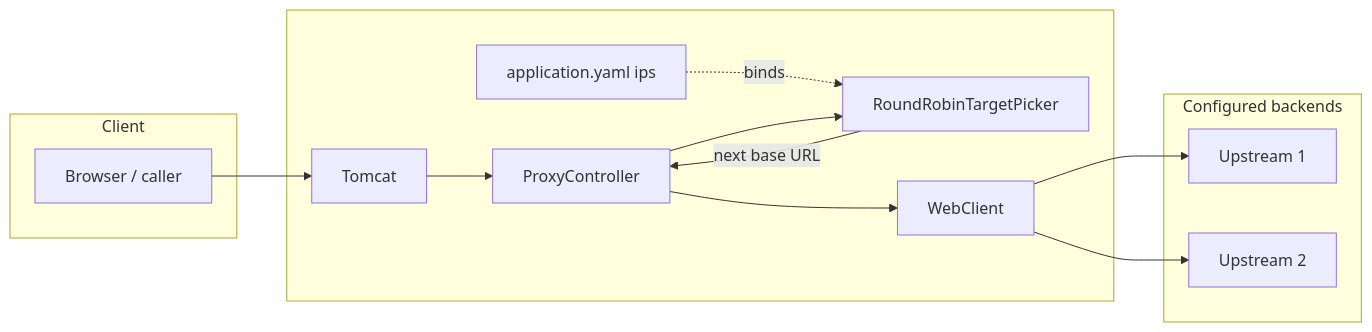
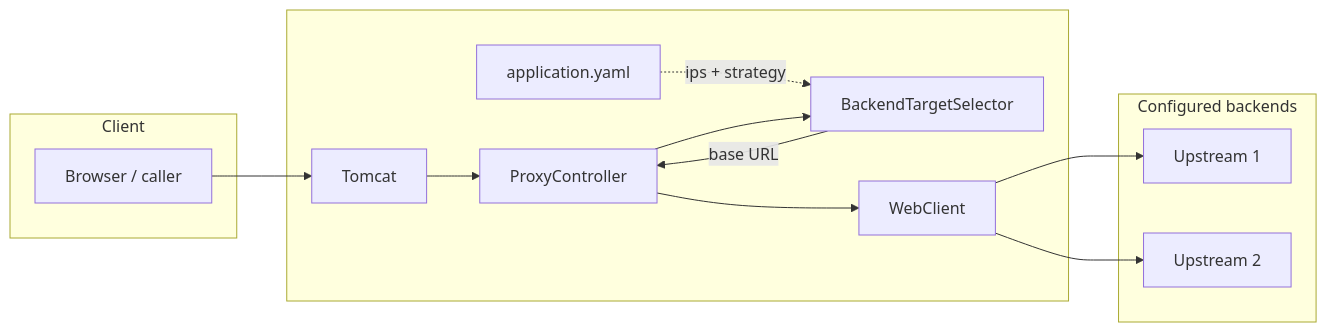
The diagram in loadbalancer/docs/load-balancing.md (EvalVis/rate-limiting), drawn with Mermaid before and after one commit. The commit also changed other lines of this file and 15 other files, not shown here.

````diff
--- a/loadbalancer/docs/load-balancing.md
+++ b/loadbalancer/docs/load-balancing.md
@@ -5,25 +5,25 @@
 ```mermaid
 flowchart LR
   subgraph client [Client]
     C[Browser / caller]
   end
   subgraph loadbalancer [ ]
     T[Tomcat]
-    RR[RoundRobinTargetPicker]
+    S[BackendTargetSelector]
     PC[ProxyController]
     WC[WebClient]
-    Y[application.yaml ips]
+    Y[application.yaml]
   end
   subgraph backends [Configured backends]
     B1[Upstream 1]
     B2[Upstream 2]
   end
   C --> T
   T --> PC
-  Y -.->|binds| RR
-  PC --> RR
+  Y -.->|ips + strategy| S
+  PC --> S
   PC --> WC
-  RR -->|next base URL| PC
+  S -->|base URL| PC
   WC --> B1
   WC --> B2
 ```
````
